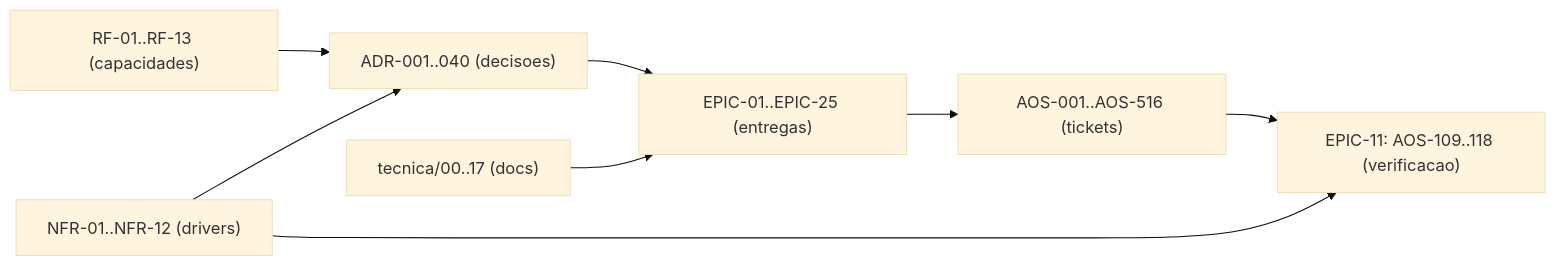
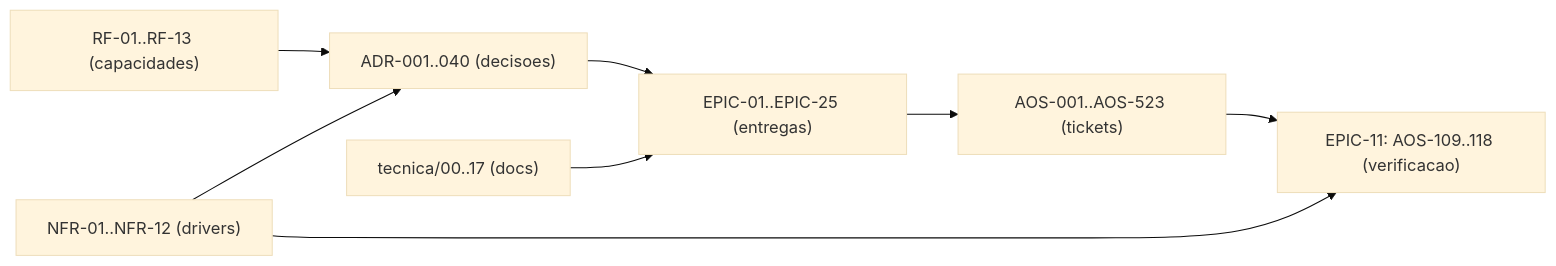
The diagram in tecnica/16_Rastreabilidade_RTM.md (albinoJimy/aos), drawn with Mermaid (base theme) before and after one commit. The commit also changed other lines of this file and 3 other files, not shown here.

First line of the commit message:
docs(AOS-517): tickets da fase A3 (AOS-517 a AOS-523) e as decisoes D1 a D9 do dono (#469)

````diff
--- a/tecnica/16_Rastreabilidade_RTM.md
+++ b/tecnica/16_Rastreabilidade_RTM.md
@@ -207,10 +207,10 @@
 ```mermaid
 flowchart LR
     RF["RF-01..RF-13 (capacidades)"] --> ADR["ADR-001..040 (decisoes)"]
     NFR["NFR-01..NFR-12 (drivers)"] --> ADR
     ADR --> EPIC["EPIC-01..EPIC-25 (entregas)"]
-    EPIC --> TICK["AOS-001..AOS-516 (tickets)"]
+    EPIC --> TICK["AOS-001..AOS-523 (tickets)"]
     DOC["tecnica/00..17 (docs)"] --> EPIC
     TICK --> TEST["EPIC-11: AOS-109..118 (verificacao)"]
     NFR --> TEST
 ```
````
